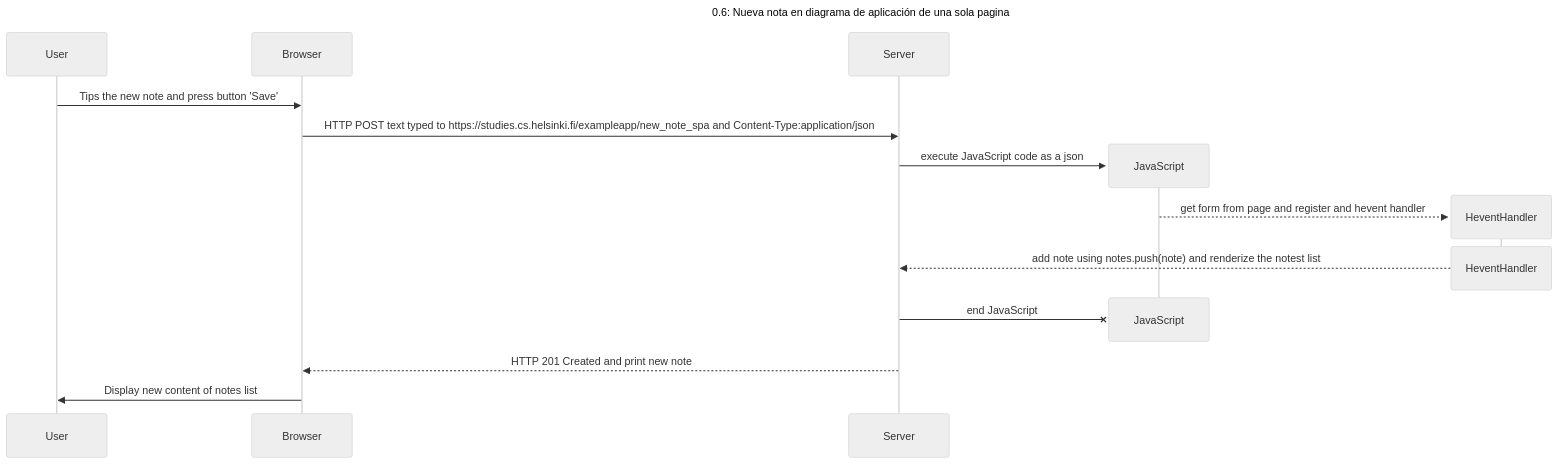
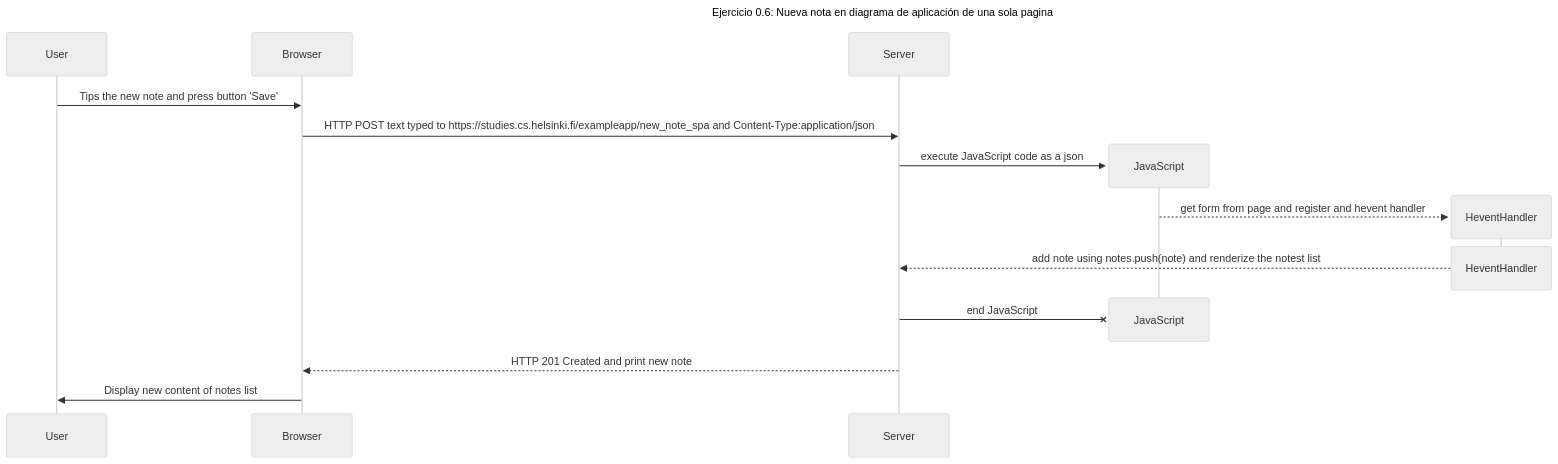
Before and after one commit to HaTeRMaNCo/fullstack: the diagram in part0/0.6.mermaid.md, drawn with Mermaid (neutral theme). The commit also changed 2 other files, not shown here.

Commit message:
0.5 upload

````diff
--- a/part0/0.6.mermaid.md
+++ b/part0/0.6.mermaid.md
@@ -1,19 +1,19 @@
 ```mermaid
 sequenceDiagram
-    title 0.6: Nueva nota en diagrama de aplicación de una sola pagina
+    title Ejercicio 0.6: Nueva nota en diagrama de aplicación de una sola pagina
     participant User
     participant Browser
     participant Server
     User->>Browser: Tips the new note and press button 'Save'
     Browser->>Server: HTTP POST text typed to https://studies.cs.helsinki.fi/exampleapp/new_note_spa and Content-Type:application/json
     create participant JavaScript
     Server->>JavaScript: execute JavaScript code as a json
     create participant HeventHandler
     JavaScript-->>HeventHandler: get form from page and register and hevent handler 
     destroy HeventHandler
     HeventHandler-->>Server: add note using notes.push(note) and renderize the notest list 
     destroy JavaScript
     Server-xJavaScript: end JavaScript
     Server-->>Browser: HTTP 201 Created and print new note
     Browser->>User: Display new content of notes list
 ```
````
